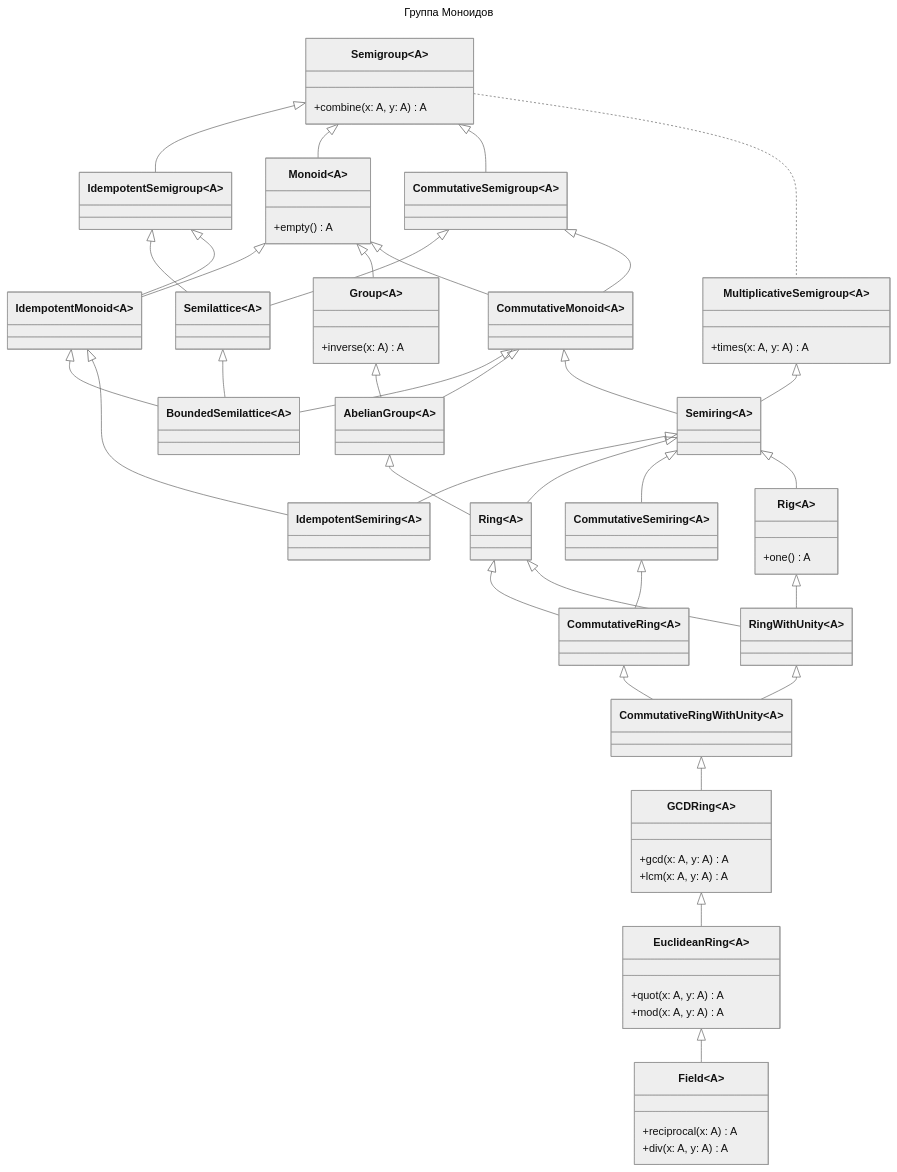
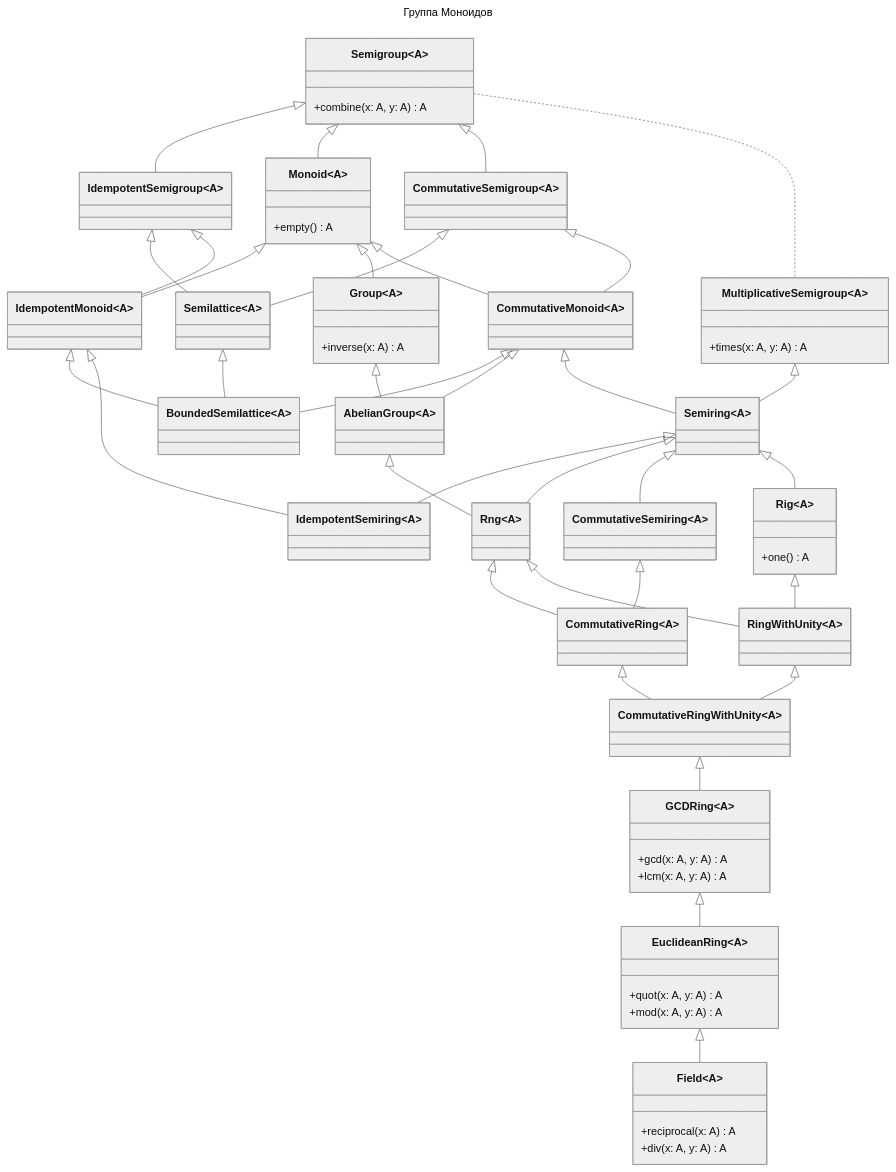
Before and after one commit to artemkorsakov/scalabook: the diagram in docs/typeclass/monoid.md, drawn with Mermaid (neutral theme). The commit also changed 8 other files, not shown here.

````diff
--- a/docs/typeclass/monoid.md
+++ b/docs/typeclass/monoid.md
@@ -96,80 +96,80 @@
 ```mermaid
 ---
 title: Группа Моноидов
 ---
 classDiagram
     class Semigroup~A~{
         +combine(x: A, y: A) A
     }
     class IdempotentSemigroup~A~
     Semigroup <|-- IdempotentSemigroup    
     class Monoid~A~{
         +empty() A
     }
     Semigroup <|-- Monoid
     class CommutativeSemigroup~A~
     Semigroup <|-- CommutativeSemigroup
     class Semilattice~A~
     CommutativeSemigroup <|-- Semilattice
     IdempotentSemigroup <|-- Semilattice
     class IdempotentMonoid~A~
     IdempotentSemigroup <|-- IdempotentMonoid
     Monoid <|-- IdempotentMonoid
     class Group~A~{
       +inverse(x: A) A
     }  
     Monoid <|-- Group 
     class CommutativeMonoid~A~
     Monoid <|-- CommutativeMonoid
     CommutativeSemigroup <|-- CommutativeMonoid
     class BoundedSemilattice~A~
     CommutativeMonoid <|-- BoundedSemilattice
     IdempotentMonoid <|-- BoundedSemilattice
     Semilattice <|-- BoundedSemilattice
     class AbelianGroup~A~
     Group <|-- AbelianGroup
     CommutativeMonoid <|-- AbelianGroup
     class Semiring~A~
     CommutativeMonoid <|-- Semiring
     class MultiplicativeSemigroup~A~{
         +times(x: A, y: A) A
     }
     MultiplicativeSemigroup <|-- Semiring
     Semigroup .. MultiplicativeSemigroup
     class IdempotentSemiring~A~
     IdempotentMonoid <|-- IdempotentSemiring
     Semiring <|-- IdempotentSemiring
-    class Ring~A~
-    AbelianGroup <|-- Ring
-    Semiring <|-- Ring
+    class Rng~A~
+    AbelianGroup <|-- Rng
+    Semiring <|-- Rng
     class CommutativeSemiring~A~
     Semiring <|-- CommutativeSemiring
     class Rig~A~{
         +one() A
     }
     Semiring <|-- Rig
     class CommutativeRing~A~
-    Ring <|-- CommutativeRing
+    Rng <|-- CommutativeRing
     CommutativeSemiring <|-- CommutativeRing
     class RingWithUnity~A~
-    Ring <|-- RingWithUnity
+    Rng <|-- RingWithUnity
     Rig <|-- RingWithUnity
     class CommutativeRingWithUnity~A~
     CommutativeRing <|-- CommutativeRingWithUnity
     RingWithUnity <|-- CommutativeRingWithUnity
     class GCDRing~A~{
         +gcd(x: A, y: A) A
         +lcm(x: A, y: A) A
     }
     CommutativeRingWithUnity <|-- GCDRing
     class EuclideanRing~A~{
         +quot(x: A, y: A) A
         +mod(x: A, y: A) A
     }
     GCDRing <|-- EuclideanRing
     class Field~A~{
         +reciprocal(x: A) A
         +div(x: A, y: A) A
     }
     EuclideanRing <|-- Field
 ```
````
